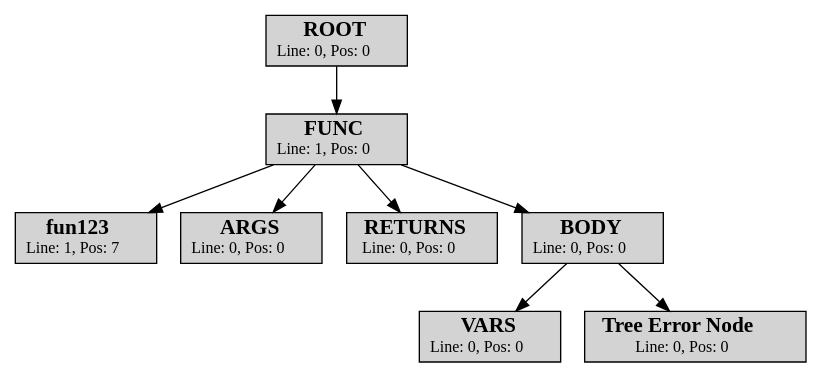
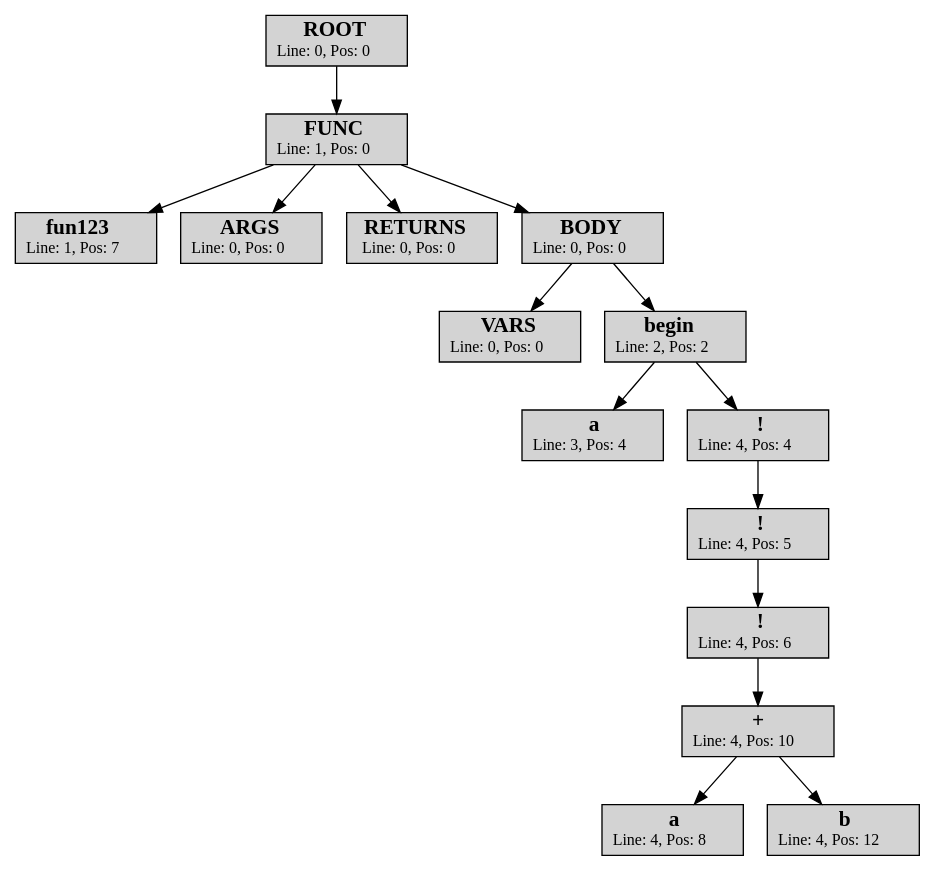
One commit to klephron/itmo changed the diagram in Year-5/System-software/lab-1/io/output.dot. Above: the diagram before and after it, drawn with Graphviz. The commit also changed 3 other files, not shown here.

```diff
--- a/Year-5/System-software/lab-1/io/output.dot
+++ b/Year-5/System-software/lab-1/io/output.dot
@@ -1,18 +1,32 @@
 strict digraph AST{
 node [shape=rect, style=filled]
 id_1[label=< <FONT POINT-SIZE="16"><b>ROOT</b></FONT><br/><FONT POINT-SIZE="12">Line: 0, Pos: 0</FONT> >]
 id_2[label=< <FONT POINT-SIZE="16"><b>FUNC</b></FONT><br/><FONT POINT-SIZE="12">Line: 1, Pos: 0</FONT> >]
 id_3[label=< <FONT POINT-SIZE="16"><b>fun123</b></FONT><br/><FONT POINT-SIZE="12">Line: 1, Pos: 7</FONT> >]
 id_4[label=< <FONT POINT-SIZE="16"><b>ARGS</b></FONT><br/><FONT POINT-SIZE="12">Line: 0, Pos: 0</FONT> >]
 id_5[label=< <FONT POINT-SIZE="16"><b>RETURNS</b></FONT><br/><FONT POINT-SIZE="12">Line: 0, Pos: 0</FONT> >]
 id_6[label=< <FONT POINT-SIZE="16"><b>BODY</b></FONT><br/><FONT POINT-SIZE="12">Line: 0, Pos: 0</FONT> >]
 id_7[label=< <FONT POINT-SIZE="16"><b>VARS</b></FONT><br/><FONT POINT-SIZE="12">Line: 0, Pos: 0</FONT> >]
-id_8[label=< <FONT POINT-SIZE="16"><b>Tree Error Node</b></FONT><br/><FONT POINT-SIZE="12">Line: 0, Pos: 0</FONT> >]
+id_8[label=< <FONT POINT-SIZE="16"><b>begin</b></FONT><br/><FONT POINT-SIZE="12">Line: 2, Pos: 2</FONT> >]
+id_9[label=< <FONT POINT-SIZE="16"><b>a</b></FONT><br/><FONT POINT-SIZE="12">Line: 3, Pos: 4</FONT> >]
+id_10[label=< <FONT POINT-SIZE="16"><b>!</b></FONT><br/><FONT POINT-SIZE="12">Line: 4, Pos: 4</FONT> >]
+id_11[label=< <FONT POINT-SIZE="16"><b>!</b></FONT><br/><FONT POINT-SIZE="12">Line: 4, Pos: 5</FONT> >]
+id_12[label=< <FONT POINT-SIZE="16"><b>!</b></FONT><br/><FONT POINT-SIZE="12">Line: 4, Pos: 6</FONT> >]
+id_13[label=< <FONT POINT-SIZE="16"><b>+</b></FONT><br/><FONT POINT-SIZE="12">Line: 4, Pos: 10</FONT> >]
+id_14[label=< <FONT POINT-SIZE="16"><b>a</b></FONT><br/><FONT POINT-SIZE="12">Line: 4, Pos: 8</FONT> >]
+id_15[label=< <FONT POINT-SIZE="16"><b>b</b></FONT><br/><FONT POINT-SIZE="12">Line: 4, Pos: 12</FONT> >]
 id_2 -> id_3
 id_2 -> id_4
 id_2 -> id_5
 id_6 -> id_7
+id_8 -> id_9
+id_13 -> id_14
+id_13 -> id_15
+id_12 -> id_13
+id_11 -> id_12
+id_10 -> id_11
+id_8 -> id_10
 id_6 -> id_8
 id_2 -> id_6
 id_1 -> id_2
 }
```
